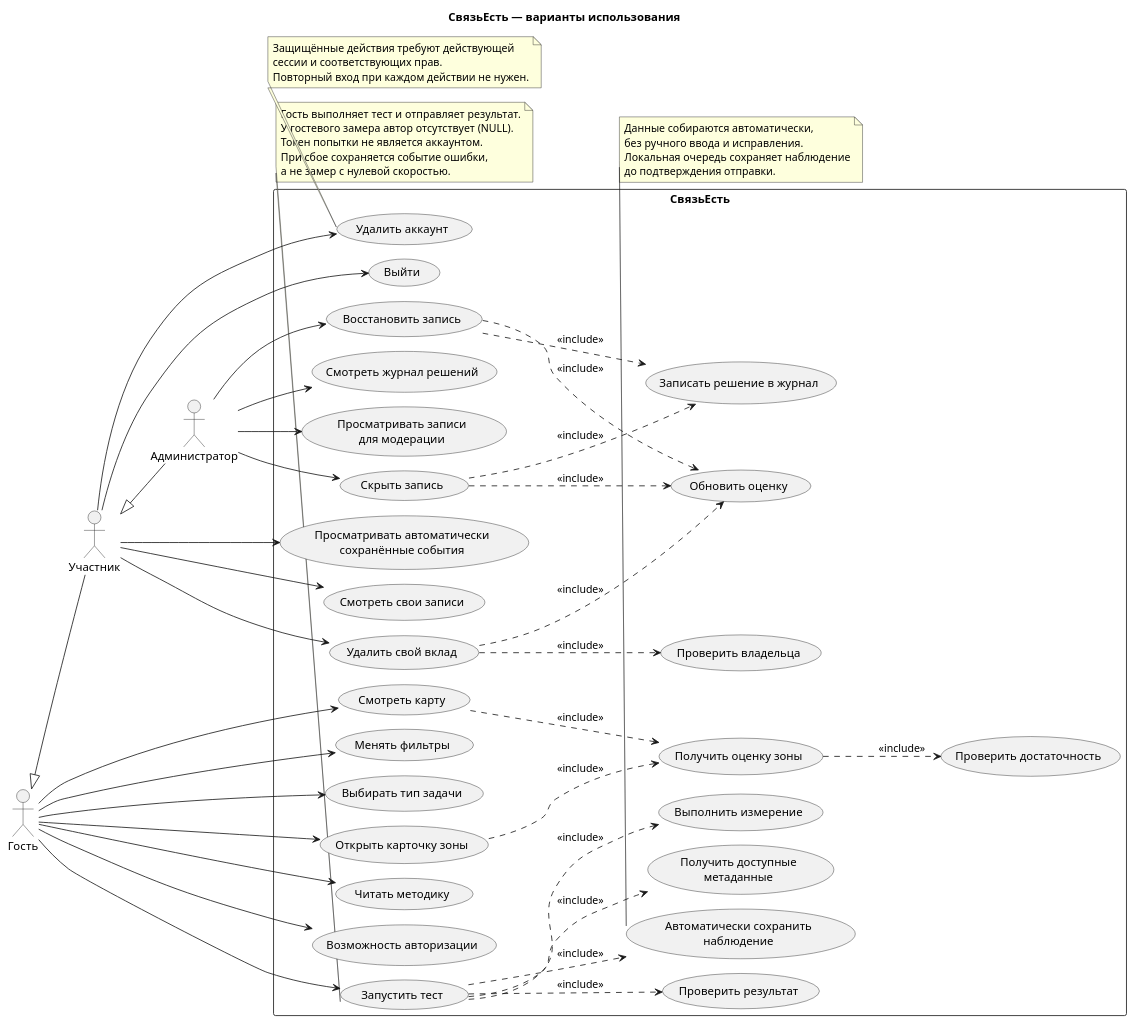
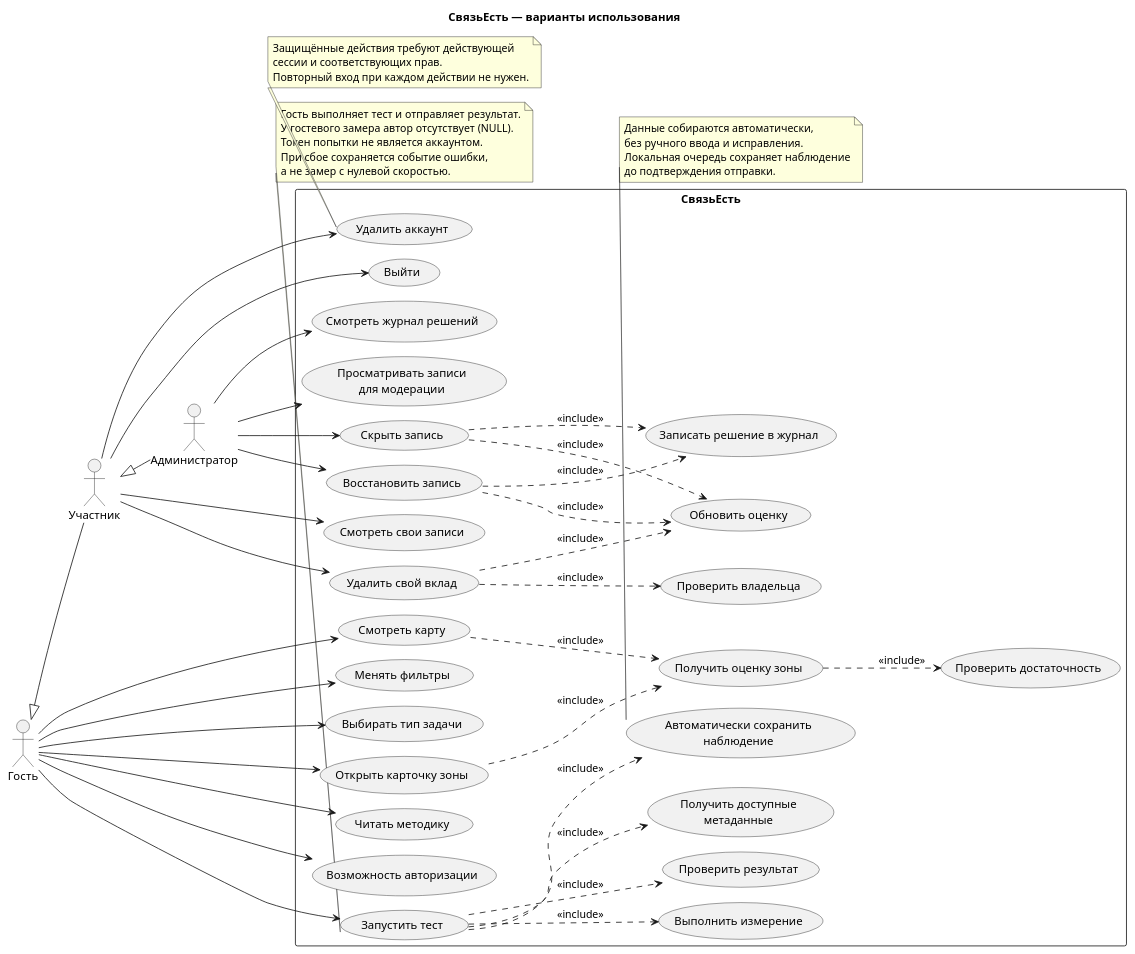
Before and after one commit to SlavaRad434/svyaz-est: the diagram in docs/diagrams/01-use-cases.puml, drawn with PlantUML. The commit also changed 11 other files, not shown here.

Commit message:
docs(diagrams): use case без просмотра сохранённых событий, ER-модель 13→8, перерендер

```diff
--- a/docs/diagrams/01-use-cases.puml
+++ b/docs/diagrams/01-use-cases.puml
@@ -1,94 +1,92 @@
 @startuml
 !pragma layout smetana
 title СвязьЕсть — варианты использования
 left to right direction
 skinparam shadowing false
 skinparam packageStyle rectangle
 
 actor "Гость" as Guest
 actor "Участник" as Member
 actor "Администратор" as Admin
 Guest <|-- Member
 Member <|-- Admin
 
 rectangle "СвязьЕсть" {
   usecase "Смотреть карту" as Map
   usecase "Менять фильтры" as Filters
   usecase "Выбирать тип задачи" as Profile
   usecase "Открыть карточку зоны" as Card
   usecase "Получить оценку зоны" as Score
   usecase "Читать методику" as Method
   usecase "Проверить достаточность" as Sufficiency
   usecase "Возможность авторизации" as Login
   usecase "Запустить тест" as Test
   usecase "Получить доступные\nметаданные" as Metadata
+  usecase "Автоматически сохранить\nнаблюдение" as Save
   usecase "Выполнить измерение" as Measure
   usecase "Проверить результат" as Validate
-  usecase "Автоматически сохранить\nнаблюдение" as Save
-  usecase "Просматривать автоматически\nсохранённые события" as Events
   usecase "Смотреть свои записи" as Own
   usecase "Удалить свой вклад" as Delete
   usecase "Проверить владельца" as Owner
   usecase "Обновить оценку" as Refresh
   usecase "Удалить аккаунт" as Account
   usecase "Выйти" as Logout
   usecase "Просматривать записи\nдля модерации" as Review
   usecase "Скрыть запись" as Hide
   usecase "Восстановить запись" as Restore
   usecase "Записать решение в журнал" as Audit
   usecase "Смотреть журнал решений" as Journal
 }
 
 Guest --> Map
 Guest --> Filters
 Guest --> Profile
 Guest --> Card
 Guest --> Method
 Guest --> Login
 Guest --> Test
 Map ..> Score : <<include>>
 Card ..> Score : <<include>>
 Score ..> Sufficiency : <<include>>
 Test ..> Metadata : <<include>>
 Test ..> Measure : <<include>>
 Test ..> Validate : <<include>>
 Test ..> Save : <<include>>
 
-Member --> Events
 Member --> Own
 Member --> Delete
 Member --> Account
 Member --> Logout
 Delete ..> Owner : <<include>>
 Delete ..> Refresh : <<include>>
 
 Admin --> Review
 Admin --> Hide
 Admin --> Restore
 Admin --> Journal
 Hide ..> Audit : <<include>>
 Hide ..> Refresh : <<include>>
 Restore ..> Audit : <<include>>
 Restore ..> Refresh : <<include>>
 
 note bottom of Test
   Гость выполняет тест и отправляет результат.
   У гостевого замера автор отсутствует (NULL).
   Токен попытки не является аккаунтом.
   При сбое сохраняется событие ошибки,
   а не замер с нулевой скоростью.
 end note
 
 note bottom of Save
   Данные собираются автоматически,
   без ручного ввода и исправления.
   Локальная очередь сохраняет наблюдение
   до подтверждения отправки.
 end note
 
 note bottom of Account
   Защищённые действия требуют действующей
   сессии и соответствующих прав.
   Повторный вход при каждом действии не нужен.
 end note
 @enduml
```
